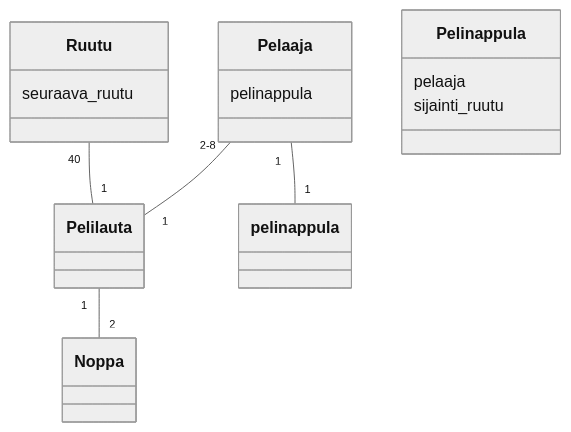
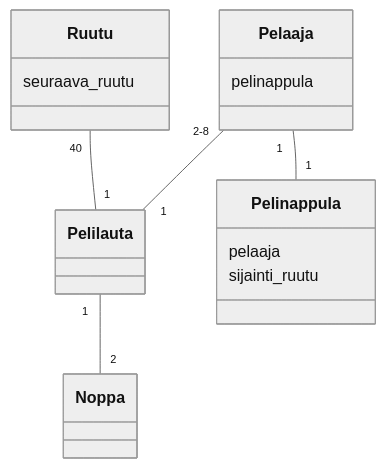
Before and after one commit to arolaeemil/ot-harjoitustyo: the diagram in laskarit/viikko3/monopoli.md, drawn with Mermaid (neutral theme).

````diff
--- a/laskarit/viikko3/monopoli.md
+++ b/laskarit/viikko3/monopoli.md
@@ -1,21 +1,21 @@
 ```mermaid
  classDiagram
 	Pelaaja "2-8" -- "1" Pelilauta
 	Ruutu "40" -- "1" Pelilauta
-	Pelaaja "1" -- "1" pelinappula
+	Pelaaja "1" -- "1" Pelinappula
 	Pelilauta "1" -- "2" Noppa
 	class Pelaaja{
 	pelinappula
 	}
 	class Pelilauta{
 	}
 	class Ruutu{
 	seuraava_ruutu
 	}
 	class Pelinappula{
 	pelaaja
 	sijainti_ruutu
 	}
 	class Noppa{
 	}
 ```
````
